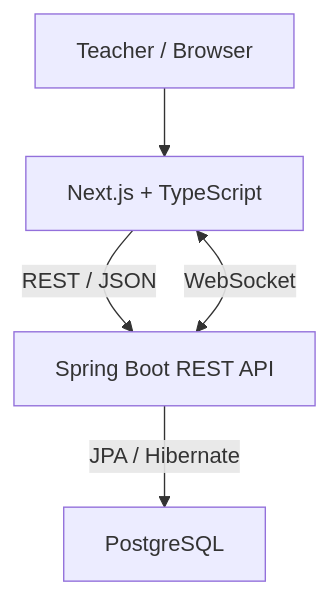
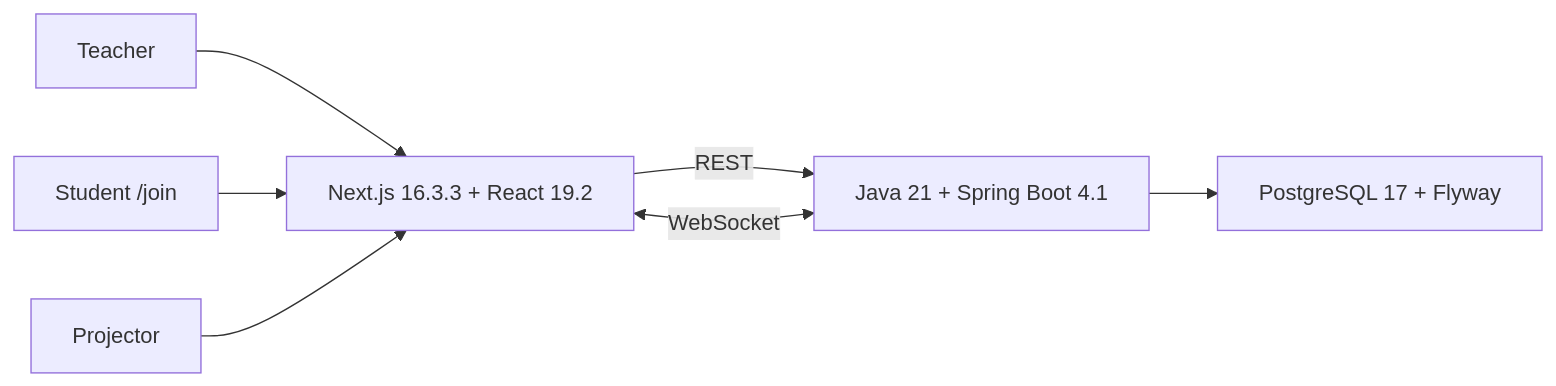
Before and after one commit to wesscosta/arena-dev: the diagram in README.md, drawn with Mermaid. The commit also changed other lines of this file and 6 other files, not shown here.

````diff
--- a/README.md
+++ b/README.md
@@ -186,12 +52,9 @@
 ```mermaid
-flowchart TD
-    U["Teacher / Browser"]
-    F["Next.js + TypeScript"]
-    B["Spring Boot REST API"]
-    D["PostgreSQL"]
-
-    U --> F
-    F -->|REST / JSON| B
-    F <-->|WebSocket| B
-    B -->|JPA / Hibernate| D
+flowchart LR
+    T["Teacher"] --> F["Next.js 16.3.3 + React 19.2"]
+    S["Student /join"] --> F
+    P["Projector"] --> F
+    F -->|"REST"| B["Java 21 + Spring Boot 4.1"]
+    F <-->|"WebSocket"| B
+    B --> D["PostgreSQL 17 + Flyway"]
 ```
````
